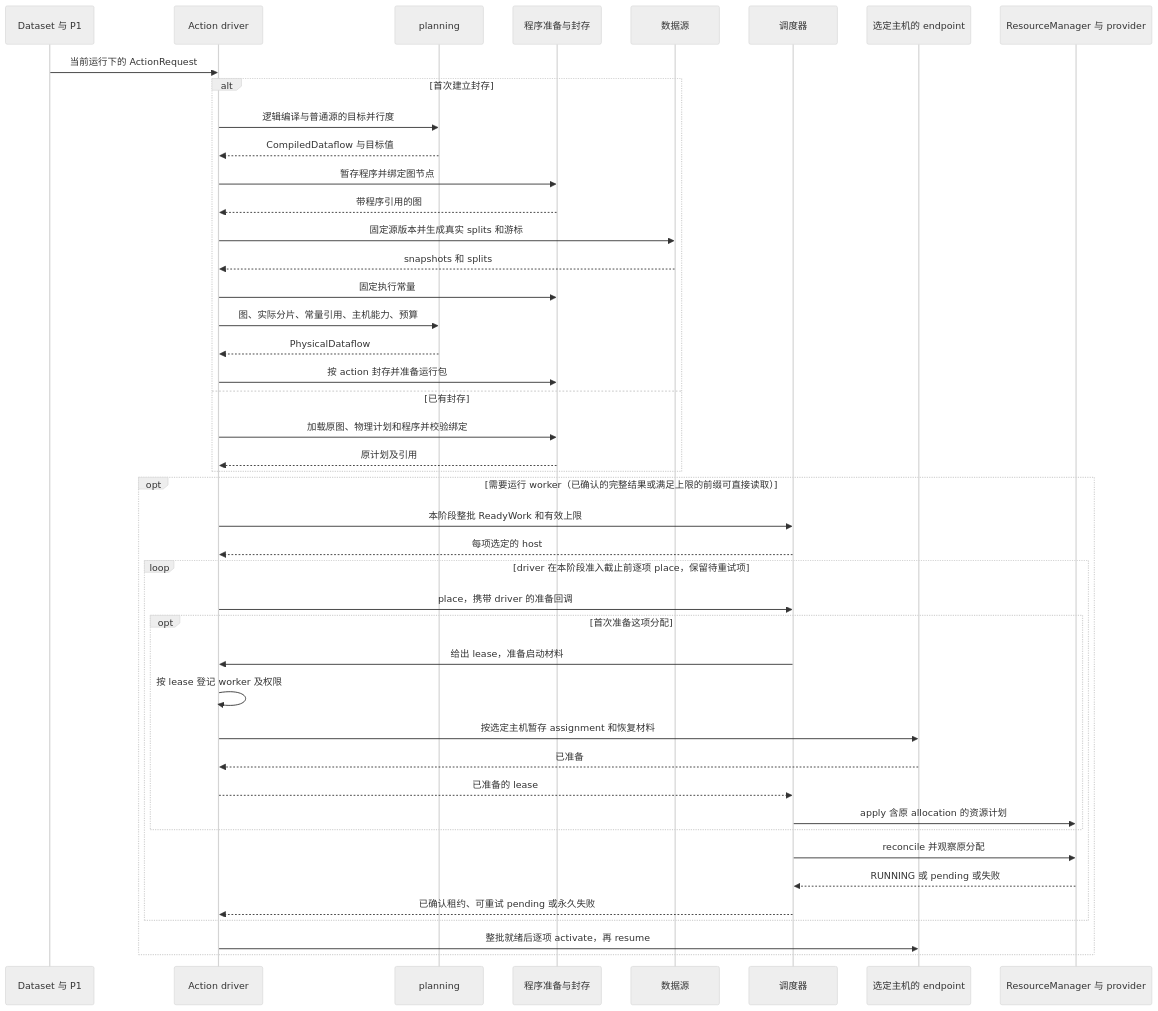
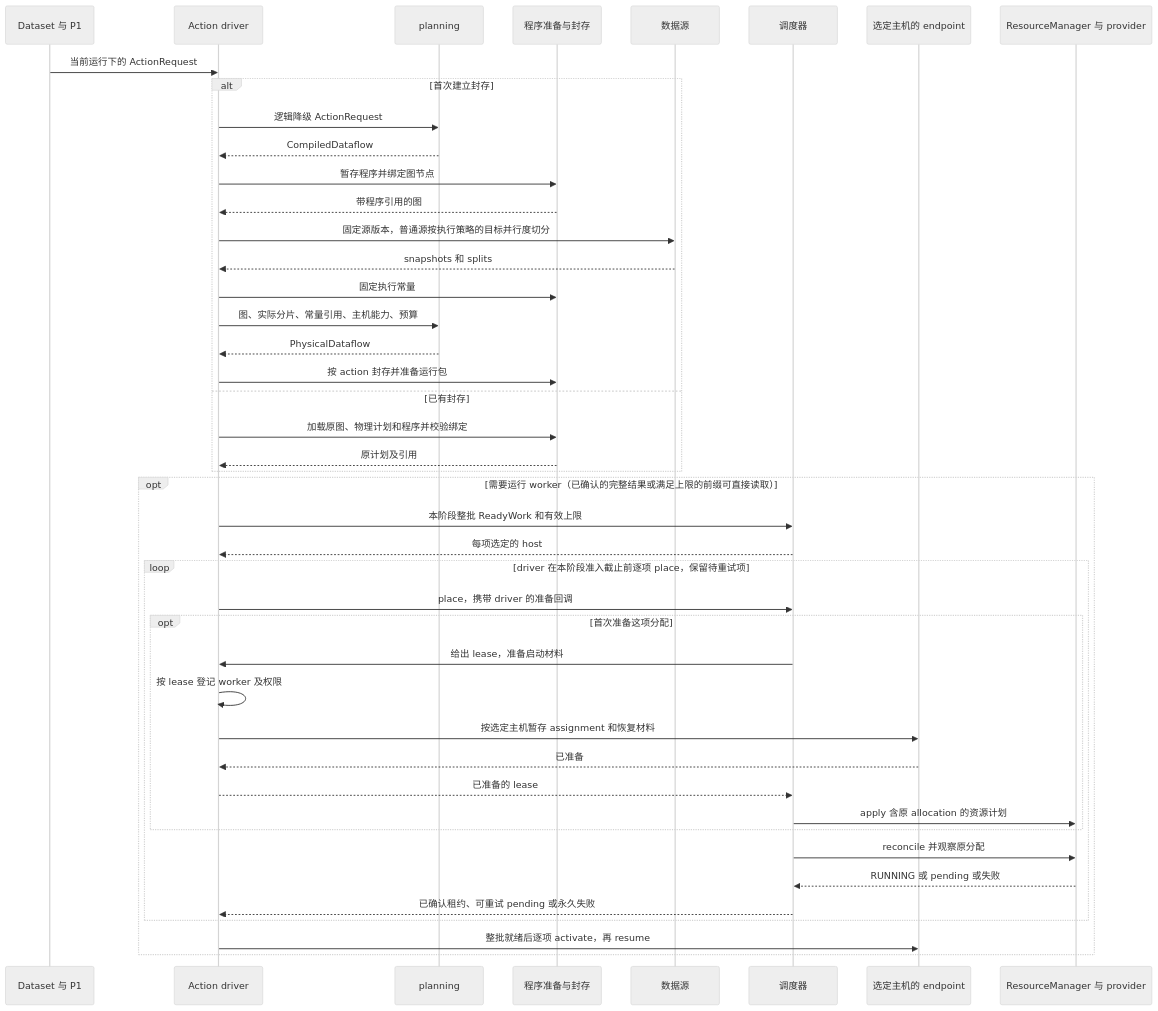
Before and after one commit to vincent9299/demiflow: the fifth of 7 diagrams in docs/demiflow-architecture.md, drawn with Mermaid (neutral theme). The commit also changed other lines of this file, not shown here.

Commit message:
Reorganize the DemiFlow architecture specification by module

````diff
--- a/docs/demiflow-architecture.md
+++ b/docs/demiflow-architecture.md
@@ -199,46 +296,46 @@
 ```mermaid
 sequenceDiagram
     participant A as Dataset 与 P1
     participant D as Action driver
     participant P as planning
     participant F as 程序准备与封存
     participant S as 数据源
     participant Q as 调度器
     participant H as 选定主机的 endpoint
     participant R as ResourceManager 与 provider
     A->>D: 当前运行下的 ActionRequest
     alt 首次建立封存
-        D->>P: 逻辑编译与普通源的目标并行度
-        P-->>D: CompiledDataflow 与目标值
+        D->>P: 逻辑降级 ActionRequest
+        P-->>D: CompiledDataflow
         D->>F: 暂存程序并绑定图节点
         F-->>D: 带程序引用的图
-        D->>S: 固定源版本并生成真实 splits 和游标
+        D->>S: 固定源版本，普通源按执行策略的目标并行度切分
         S-->>D: snapshots 和 splits
         D->>F: 固定执行常量
         D->>P: 图、实际分片、常量引用、主机能力、预算
         P-->>D: PhysicalDataflow
         D->>F: 按 action 封存并准备运行包
     else 已有封存
         D->>F: 加载原图、物理计划和程序并校验绑定
         F-->>D: 原计划及引用
     end
     opt 需要运行 worker（已确认的完整结果或满足上限的前缀可直接读取）
         D->>Q: 本阶段整批 ReadyWork 和有效上限
         Q-->>D: 每项选定的 host
         loop driver 在本阶段准入截止前逐项 place，保留待重试项
             D->>Q: place，携带 driver 的准备回调
             opt 首次准备这项分配
                 Q->>D: 给出 lease，准备启动材料
                 D->>D: 按 lease 登记 worker 及权限
                 D->>H: 按选定主机暂存 assignment 和恢复材料
                 H-->>D: 已准备
                 D-->>Q: 已准备的 lease
                 Q->>R: apply 含原 allocation 的资源计划
             end
             Q->>R: reconcile 并观察原分配
             R-->>Q: RUNNING 或 pending 或失败
             Q-->>D: 已确认租约、可重试 pending 或永久失败
         end
         D->>H: 整批就绪后逐项 activate，再 resume
     end
 ```
````
